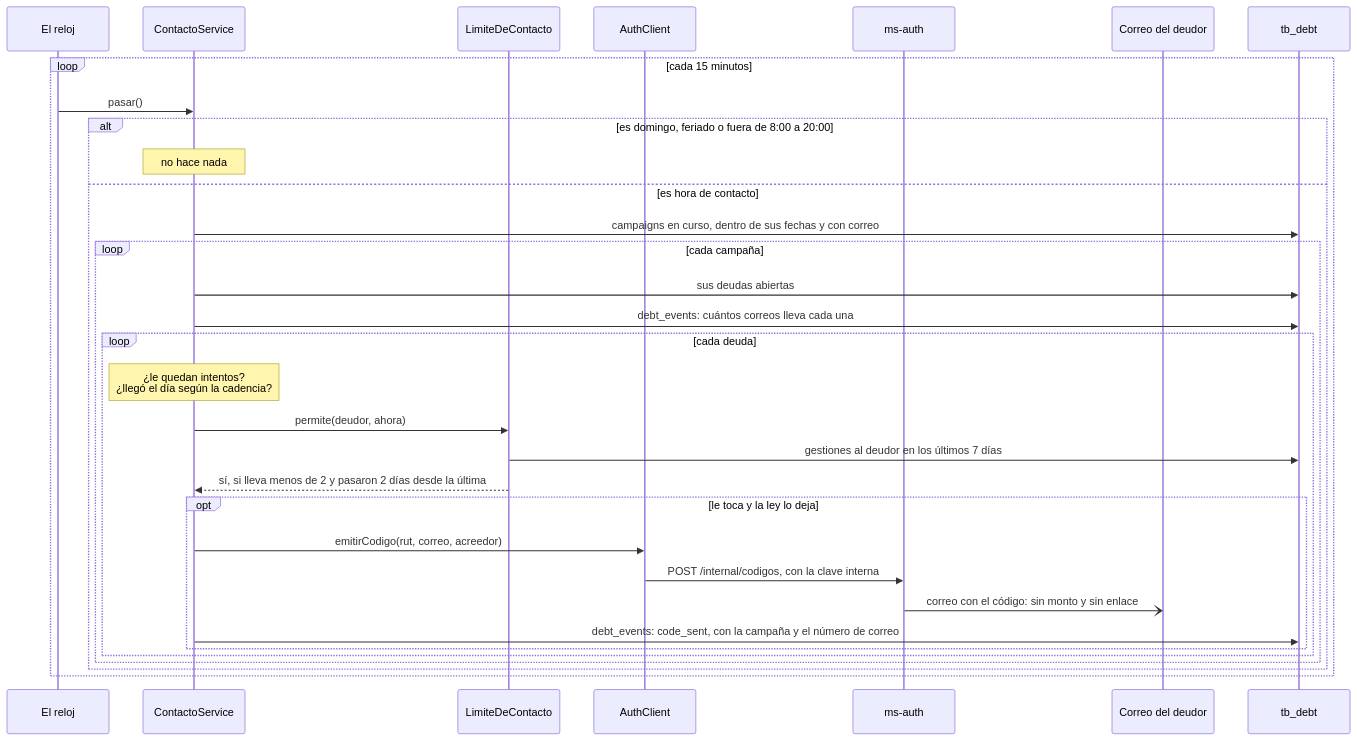
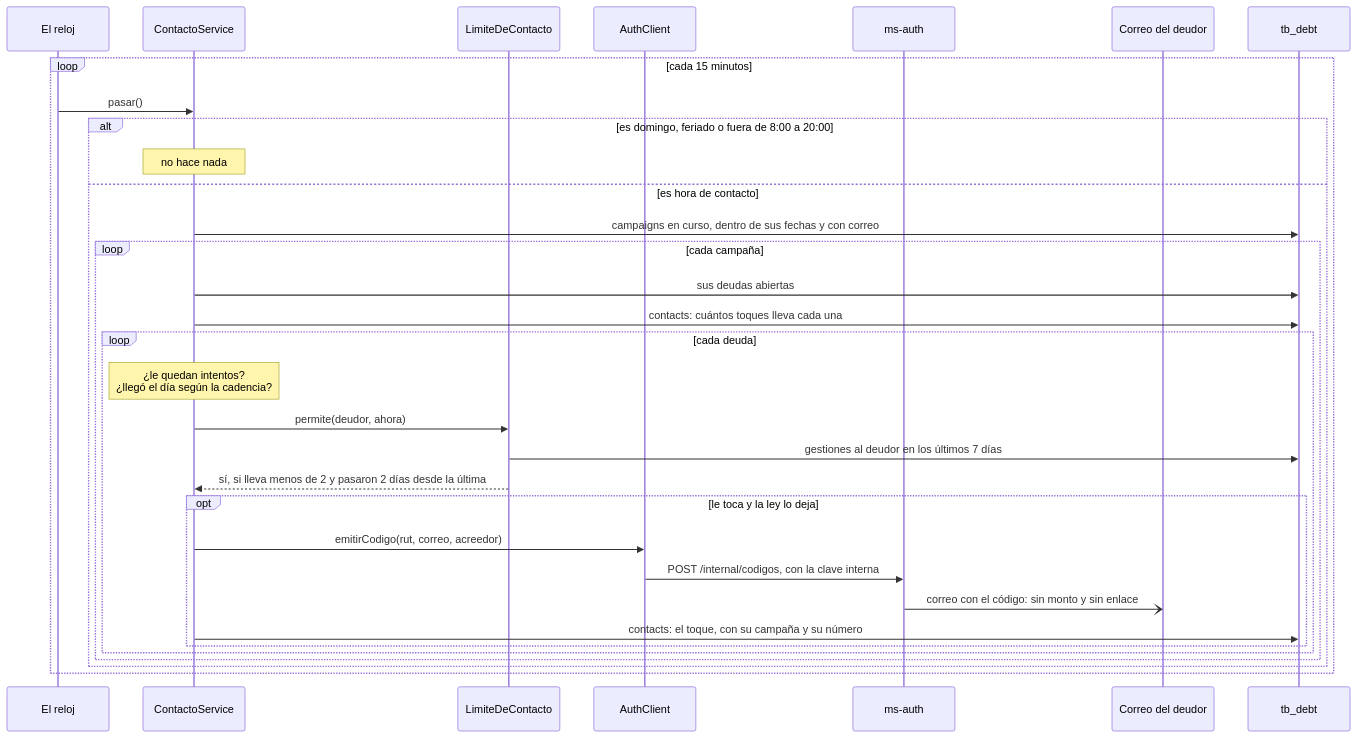
One commit to TechnicalBridge/DataBridge changed the tenth of 16 diagrams in docs/diagramas/secuencia.md. Above: the diagram before and after it, drawn with Mermaid. The commit also changed other lines of this file and 33 other files, not shown here.

````diff
--- a/docs/diagramas/secuencia.md
+++ b/docs/diagramas/secuencia.md
@@ -549,35 +549,35 @@
 ```mermaid
 sequenceDiagram
     participant R as El reloj
     participant CS as ContactoService
     participant LC as LimiteDeContacto
     participant AC as AuthClient
     participant AU as ms-auth
     participant C as Correo del deudor
     participant B as tb_debt
 
     loop cada 15 minutos
         R->>CS: pasar()
         alt es domingo, feriado o fuera de 8:00 a 20:00
             Note over CS: no hace nada
         else es hora de contacto
             CS->>B: campaigns en curso, dentro de sus fechas y con correo
             loop cada campaña
                 CS->>B: sus deudas abiertas
-                CS->>B: debt_events: cuántos correos lleva cada una
+                CS->>B: contacts: cuántos toques lleva cada una
                 loop cada deuda
                     Note over CS: ¿le quedan intentos?<br/>¿llegó el día según la cadencia?
                     CS->>LC: permite(deudor, ahora)
                     LC->>B: gestiones al deudor en los últimos 7 días
                     LC-->>CS: sí, si lleva menos de 2 y pasaron 2 días desde la última
                     opt le toca y la ley lo deja
                         CS->>AC: emitirCodigo(rut, correo, acreedor)
                         AC->>AU: POST /internal/codigos, con la clave interna
                         AU-)C: correo con el código: sin monto y sin enlace
-                        CS->>B: debt_events: code_sent, con la campaña y el número de correo
+                        CS->>B: contacts: el toque, con su campaña y su número
                     end
                 end
             end
         end
     end
 ```
````
